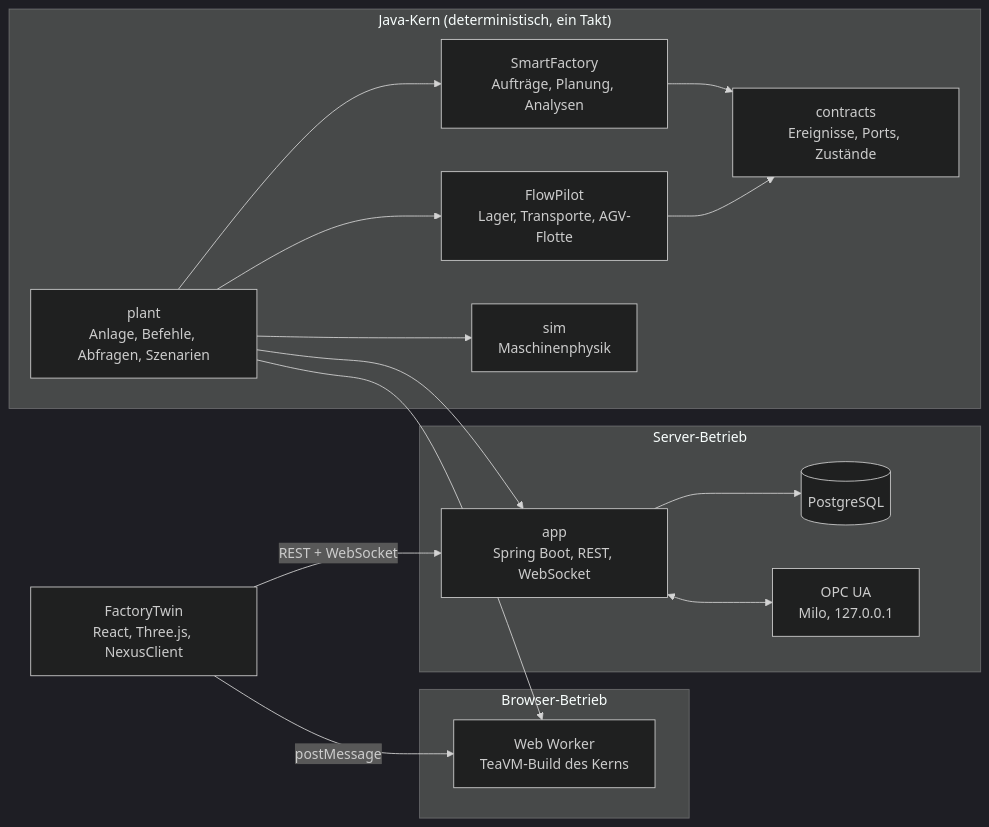
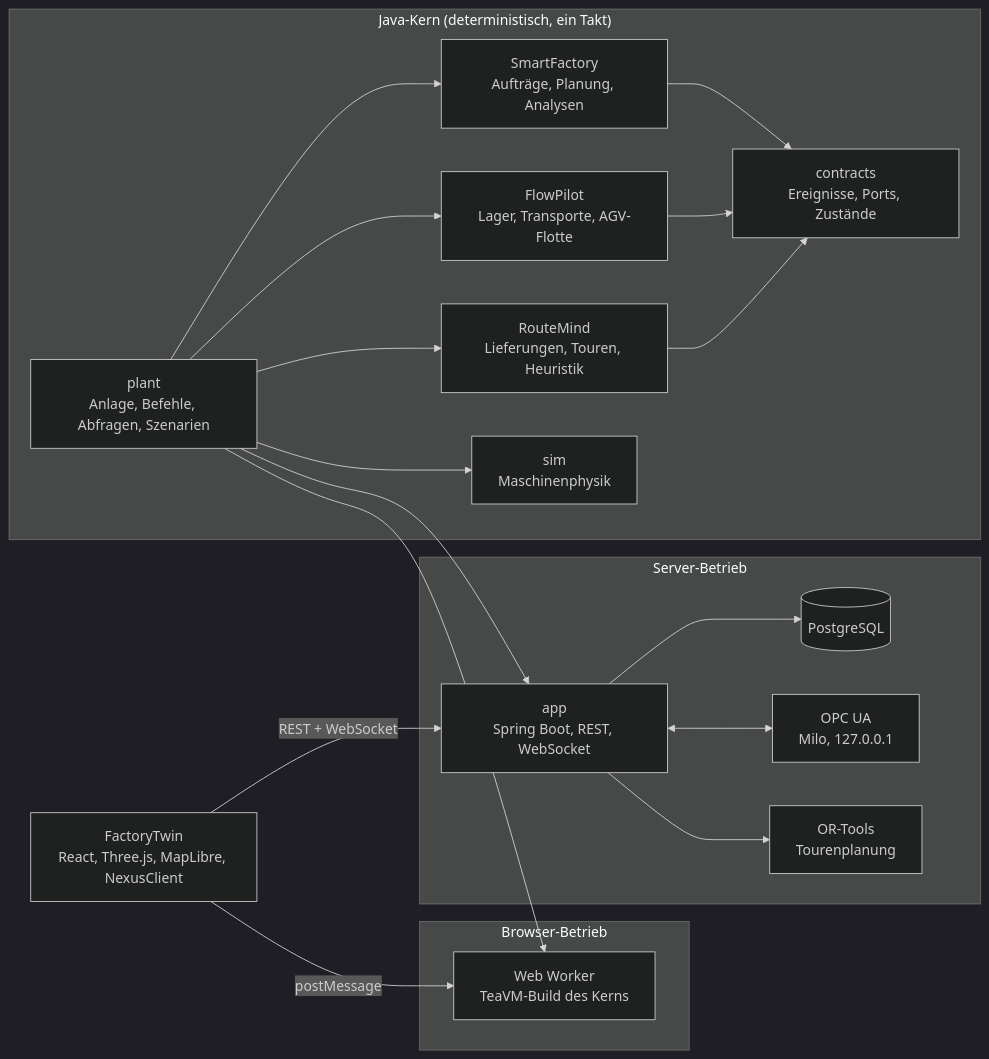
Before and after one commit to SyartZahiri/nexus-industrial-os: the diagram in README.md, drawn with Mermaid (dark theme). The commit also changed other lines of this file and 4 other files, not shown here.

Commit message:
docs: RouteMind in README, E2E für Karte und Szenario H; nativer Zugriff für OR-Tools im Server-Jar

````diff
--- a/README.md
+++ b/README.md
@@ -7,34 +7,39 @@
 ```mermaid
 flowchart LR
   subgraph Kern["Java-Kern (deterministisch, ein Takt)"]
     contracts["contracts<br/>Ereignisse, Ports, Zustände"]
     smartfactory["SmartFactory<br/>Aufträge, Planung, Analysen"]
     flowpilot["FlowPilot<br/>Lager, Transporte, AGV-Flotte"]
+    routemind["RouteMind<br/>Lieferungen, Touren, Heuristik"]
     sim["sim<br/>Maschinenphysik"]
     plant["plant<br/>Anlage, Befehle, Abfragen, Szenarien"]
     smartfactory --> contracts
     flowpilot --> contracts
+    routemind --> contracts
     plant --> smartfactory
     plant --> flowpilot
+    plant --> routemind
     plant --> sim
   end
 
   subgraph Server["Server-Betrieb"]
     app["app<br/>Spring Boot, REST, WebSocket"]
     pg[("PostgreSQL")]
     opcua["OPC UA<br/>Milo, 127.0.0.1"]
+    ortools["OR-Tools<br/>Tourenplanung"]
     app --> pg
     app <--> opcua
+    app --> ortools
   end
 
   subgraph Browser["Browser-Betrieb"]
     worker["Web Worker<br/>TeaVM-Build des Kerns"]
   end
 
-  ui["FactoryTwin<br/>React, Three.js, NexusClient"]
+  ui["FactoryTwin<br/>React, Three.js, MapLibre, NexusClient"]
 
   plant --> app
   plant --> worker
   ui -- "REST + WebSocket" --> app
   ui -- "postMessage" --> worker
 ```
````
